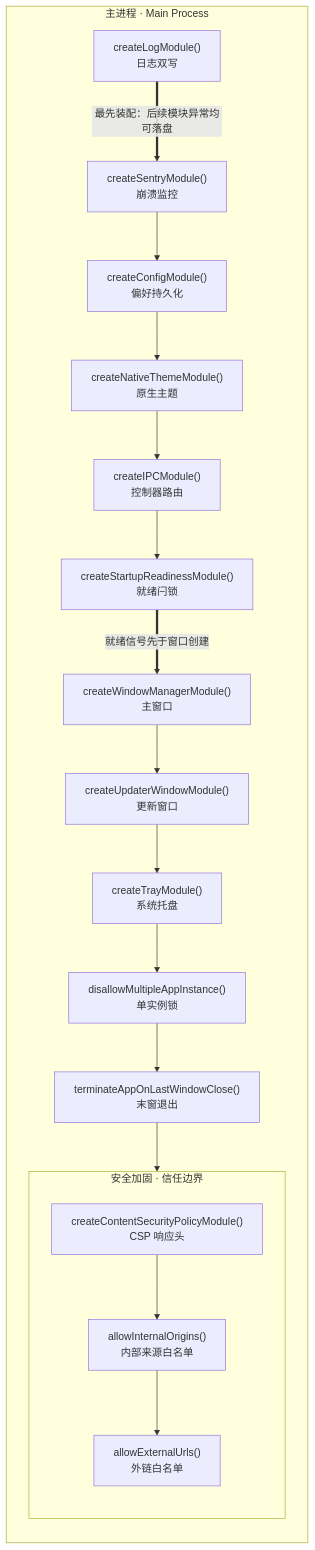
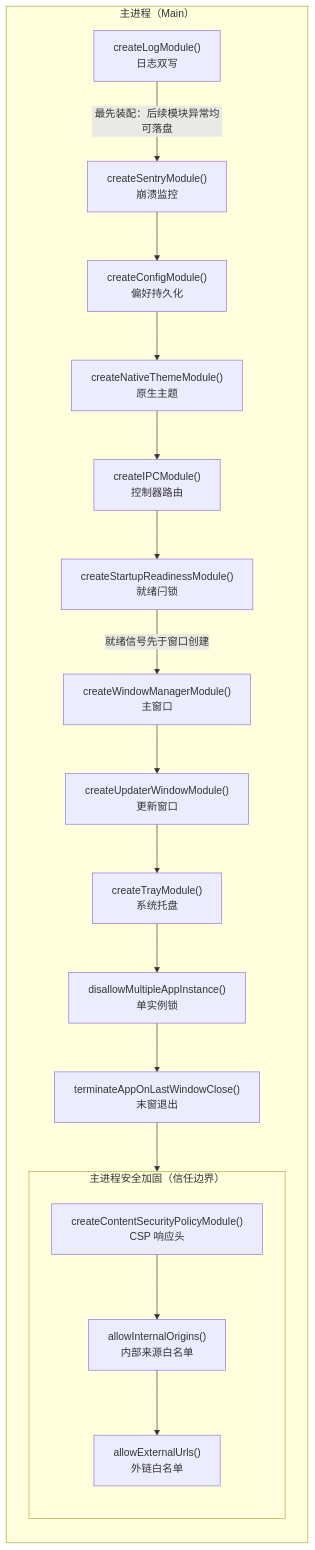
The diagram in packages/docs/src/pages/architecture/module-lifecycle.md (BanShan-Alec/electron-react-monorepo-template), drawn with Mermaid before and after one commit. The commit also changed other lines of this file and 9 other files, not shown here.

First line of the commit message:
docs: 重写 8 个 P0 页面并补充 mermaid 机制图

````diff
--- a/packages/docs/src/pages/architecture/module-lifecycle.md
+++ b/packages/docs/src/pages/architecture/module-lifecycle.md
@@ -21,29 +21,29 @@
 ```mermaid
 flowchart TB
-  subgraph MAIN["主进程 · Main Process"]
+  subgraph main["主进程（Main）"]
     direction TB
     LOG["createLogModule()<br/>日志双写"]
     SENTRY["createSentryModule()<br/>崩溃监控"]
     CONFIG["createConfigModule()<br/>偏好持久化"]
     THEME["createNativeThemeModule()<br/>原生主题"]
     IPC["createIPCModule()<br/>控制器路由"]
     READY["createStartupReadinessModule()<br/>就绪闩锁"]
     WIN["createWindowManagerModule()<br/>主窗口"]
     UPDATER_WIN["createUpdaterWindowModule()<br/>更新窗口"]
     TRAY["createTrayModule()<br/>系统托盘"]
     SINGLE["disallowMultipleAppInstance()<br/>单实例锁"]
     TERM["terminateAppOnLastWindowClose()<br/>末窗退出"]
-    subgraph SEC["安全加固 · 信任边界"]
+    subgraph security["主进程安全加固（信任边界）"]
       direction TB
       CSP["createContentSecurityPolicyModule()<br/>CSP 响应头"]
       ORIGIN["allowInternalOrigins()<br/>内部来源白名单"]
       EXT["allowExternalUrls()<br/>外链白名单"]
     end
   end
 
-  LOG ==>|"最先装配：后续模块异常均可落盘"| SENTRY
+  LOG -->|"最先装配：后续模块异常均可落盘"| SENTRY
   SENTRY --> CONFIG --> THEME --> IPC --> READY
-  READY ==>|"就绪信号先于窗口创建"| WIN
+  READY -->|"就绪信号先于窗口创建"| WIN
   WIN --> UPDATER_WIN --> TRAY --> SINGLE --> TERM
   TERM --> CSP --> ORIGIN --> EXT
 ```
````
